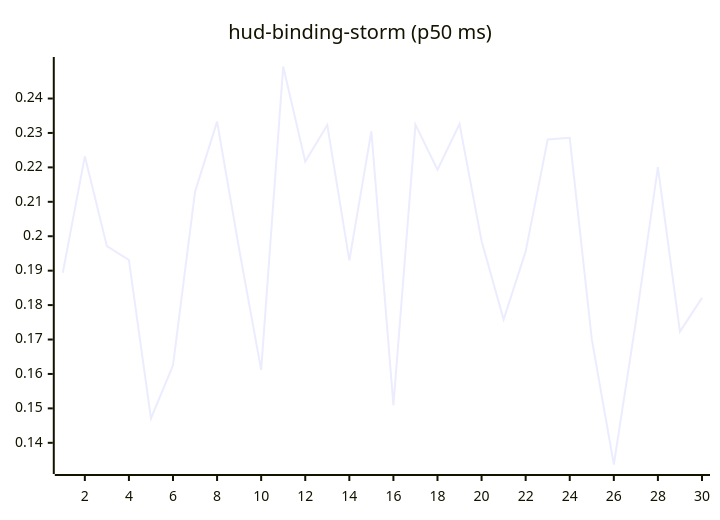
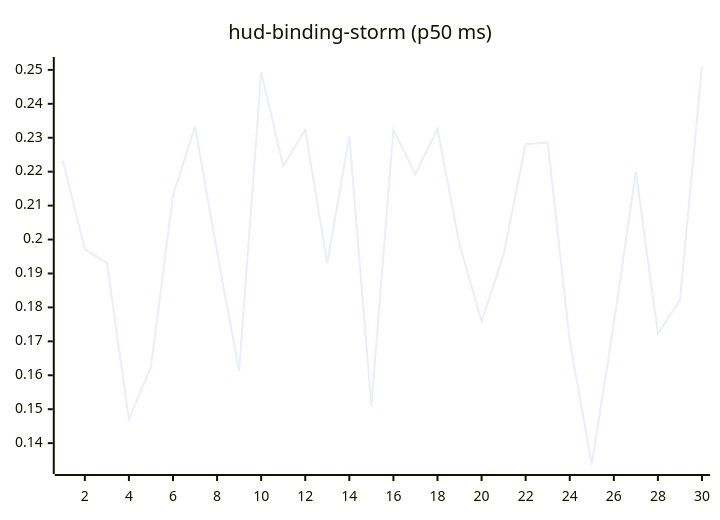
Before and after one commit to josha/Facet: the tenth of 27 diagrams in README.md, drawn with Mermaid. The commit also changed other lines of this file and 2 other files, not shown here.

````diff
--- a/README.md
+++ b/README.md
@@ -126,6 +126,6 @@
 ```mermaid
 xychart-beta
     title "hud-binding-storm (p50 ms)"
     x-axis 1 --> 30
-    line [0.1894, 0.2232, 0.1971, 0.1931, 0.1471, 0.1625, 0.2129, 0.2333, 0.1963, 0.1612, 0.2493, 0.2217, 0.2323, 0.1930, 0.2305, 0.1509, 0.2324, 0.2193, 0.2326, 0.1986, 0.1758, 0.1956, 0.2281, 0.2286, 0.1701, 0.1337, 0.1752, 0.2201, 0.1723, 0.1821]
+    line [0.2232, 0.1971, 0.1931, 0.1471, 0.1625, 0.2129, 0.2333, 0.1963, 0.1612, 0.2493, 0.2217, 0.2323, 0.1930, 0.2305, 0.1509, 0.2324, 0.2193, 0.2326, 0.1986, 0.1758, 0.1956, 0.2281, 0.2286, 0.1701, 0.1337, 0.1752, 0.2201, 0.1723, 0.1821, 0.2510]
 ```
````
